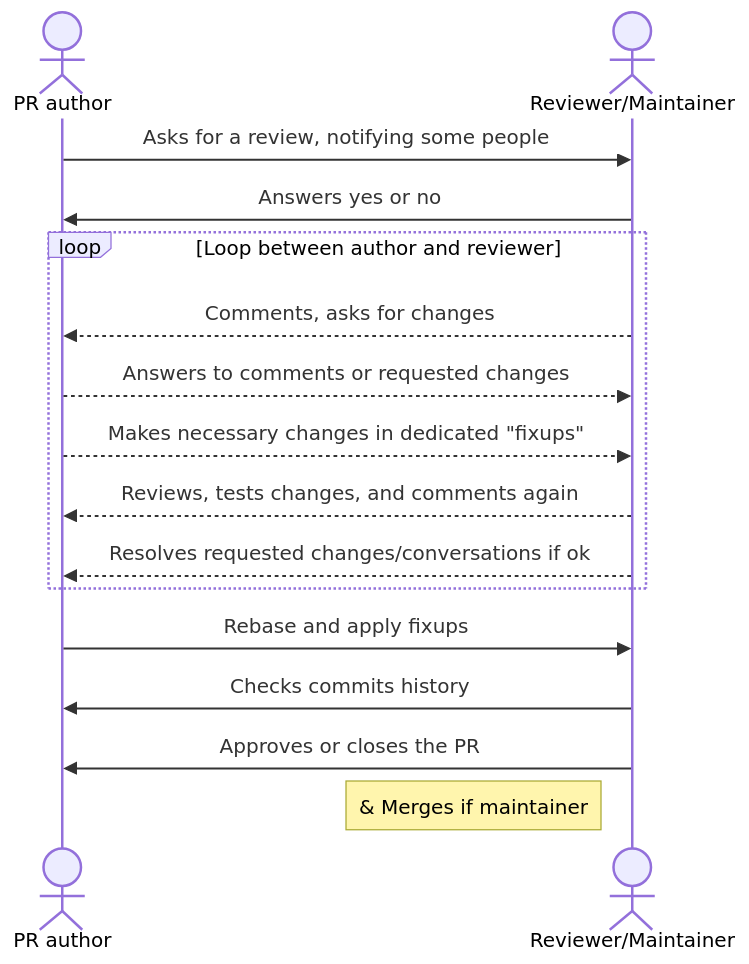
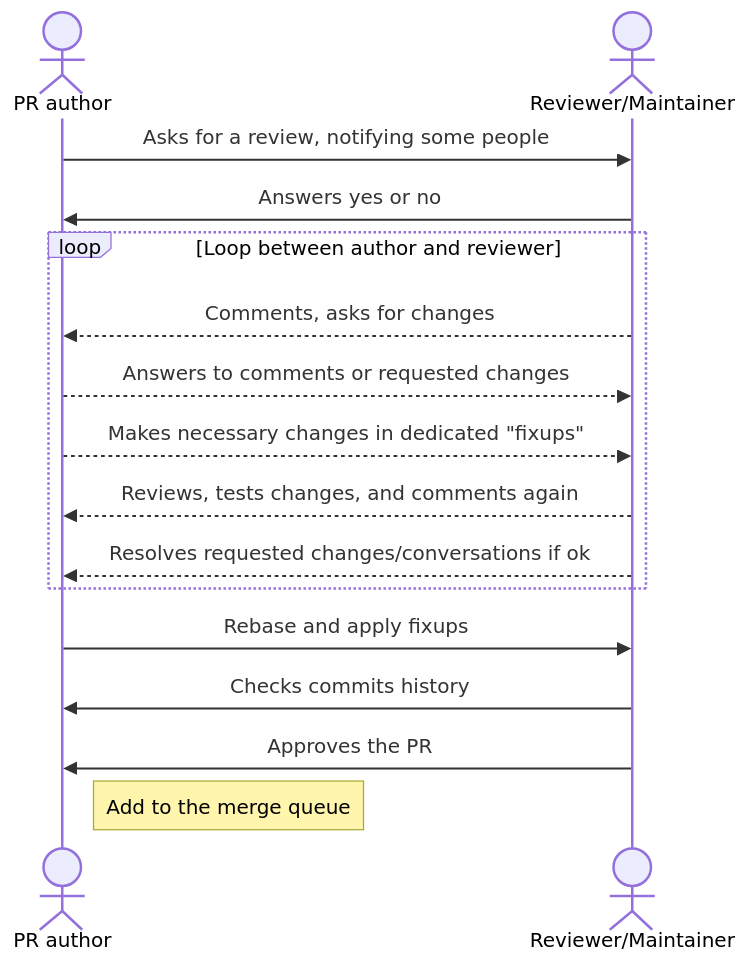
Before and after one commit to OpenRailAssociation/osrd-website: the diagram in content/docs/guides/contribute/review-process.en.md, drawn with Mermaid. The commit also changed 1 other file, not shown here.

Commit message:
docs: fix review process

````diff
--- a/content/docs/guides/contribute/review-process.en.md
+++ b/content/docs/guides/contribute/review-process.en.md
@@ -10,21 +10,21 @@
 ```mermaid
 sequenceDiagram
   actor A as PR author
   actor R as Reviewer/Maintainer
 
   A->>R: Asks for a review, notifying some people
   R->>A: Answers yes or no
 
   loop Loop between author and reviewer
     R-->>A: Comments, asks for changes
     A-->>R: Answers to comments or requested changes
     A-->>R: Makes necessary changes in dedicated "fixups"
     R-->>A: Reviews, tests changes, and comments again
     R-->>A: Resolves requested changes/conversations if ok
   end
 
   A->>R: Rebase and apply fixups
   R->>A: Checks commits history
-  R->>A: Approves or closes the PR
-  Note left of R: & Merges if maintainer
+  R->>A: Approves the PR
+  Note right of A: Add to the merge queue
 ```
````
